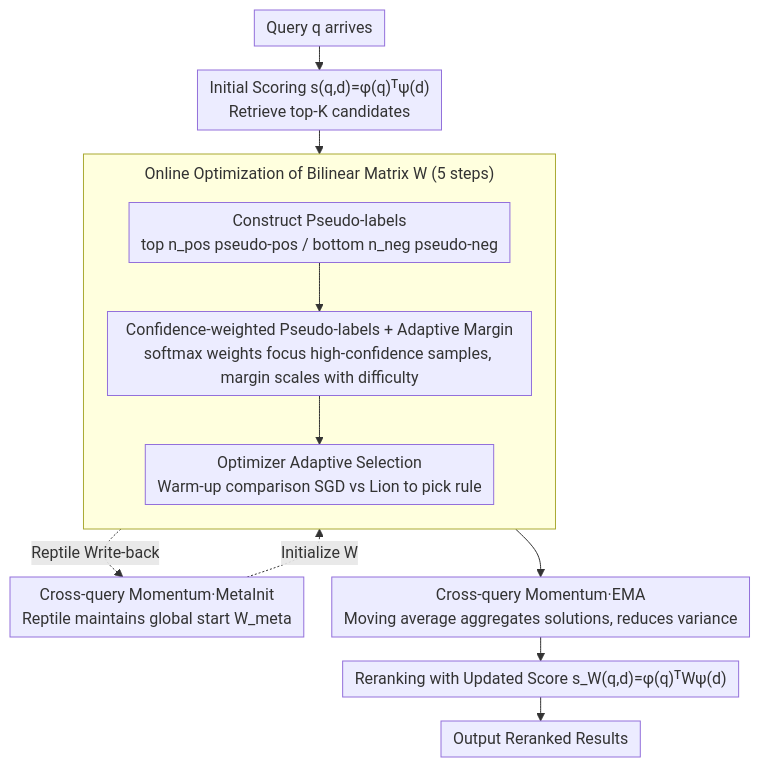
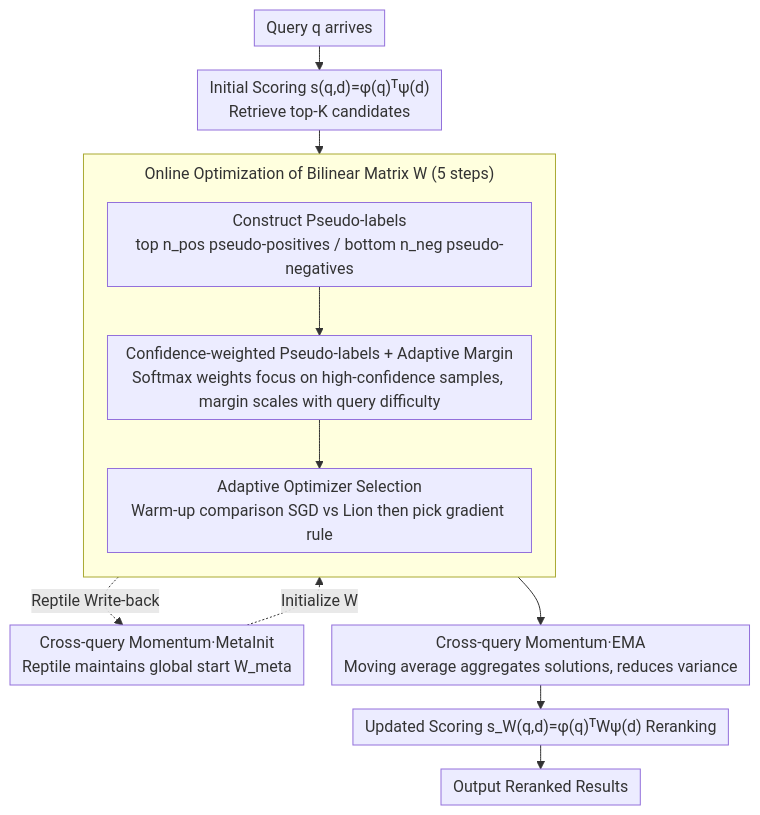
One commit to zhaoyang97/Paper-Notes-en changed the diagram in docs/ACL2026/information_retrieval/test-time_training_for_zero-resource_dense_retrieval_reranking.md. Above: the diagram before and after it, drawn with Mermaid. The commit also changed other lines of this file and 5084 other files, not shown here.

````diff
--- a/docs/ACL2026/information_retrieval/test-time_training_for_zero-resource_dense_retrieval_reranking.md
+++ b/docs/ACL2026/information_retrieval/test-time_training_for_zero-resource_dense_retrieval_reranking.md
@@ -43,16 +43,16 @@
 ```mermaid
 %%{init: {'flowchart': {'rankSpacing': 24, 'nodeSpacing': 28, 'padding': 6, 'wrappingWidth': 400, 'subGraphTitleMargin': {'top': 8, 'bottom': 16}}}}%%
 flowchart TD
     A["Query q arrives"] --> B["Initial Scoring s(q,d)=φ(q)ᵀψ(d)<br/>Retrieve top-K candidates"]
-    B --> C["Construct Pseudo-labels<br/>top n_pos pseudo-pos / bottom n_neg pseudo-neg"]
+    B --> C["Construct Pseudo-labels<br/>top n_pos pseudo-positives / bottom n_neg pseudo-negatives"]
     MI["Cross-query Momentum·MetaInit<br/>Reptile maintains global start W_meta"] -.Initialize W.-> D
     subgraph OPT["Online Optimization of Bilinear Matrix W (5 steps)"]
         direction TB
-        C --> D["Confidence-weighted Pseudo-labels + Adaptive Margin<br/>softmax weights focus high-confidence samples, margin scales with difficulty"]
-        D --> E["Optimizer Adaptive Selection<br/>Warm-up comparison SGD vs Lion to pick rule"]
+        C --> D["Confidence-weighted Pseudo-labels + Adaptive Margin<br/>Softmax weights focus on high-confidence samples, margin scales with query difficulty"]
+        D --> E["Adaptive Optimizer Selection<br/>Warm-up comparison SGD vs Lion then pick gradient rule"]
     end
     E -.Reptile Write-back.-> MI
     E --> F["Cross-query Momentum·EMA<br/>Moving average aggregates solutions, reduces variance"]
-    F --> G["Reranking with Updated Score s_W(q,d)=φ(q)ᵀWψ(d)"]
+    F --> G["Updated Scoring s_W(q,d)=φ(q)ᵀWψ(d) Reranking"]
     G --> H["Output Reranked Results"]
 ```
````
